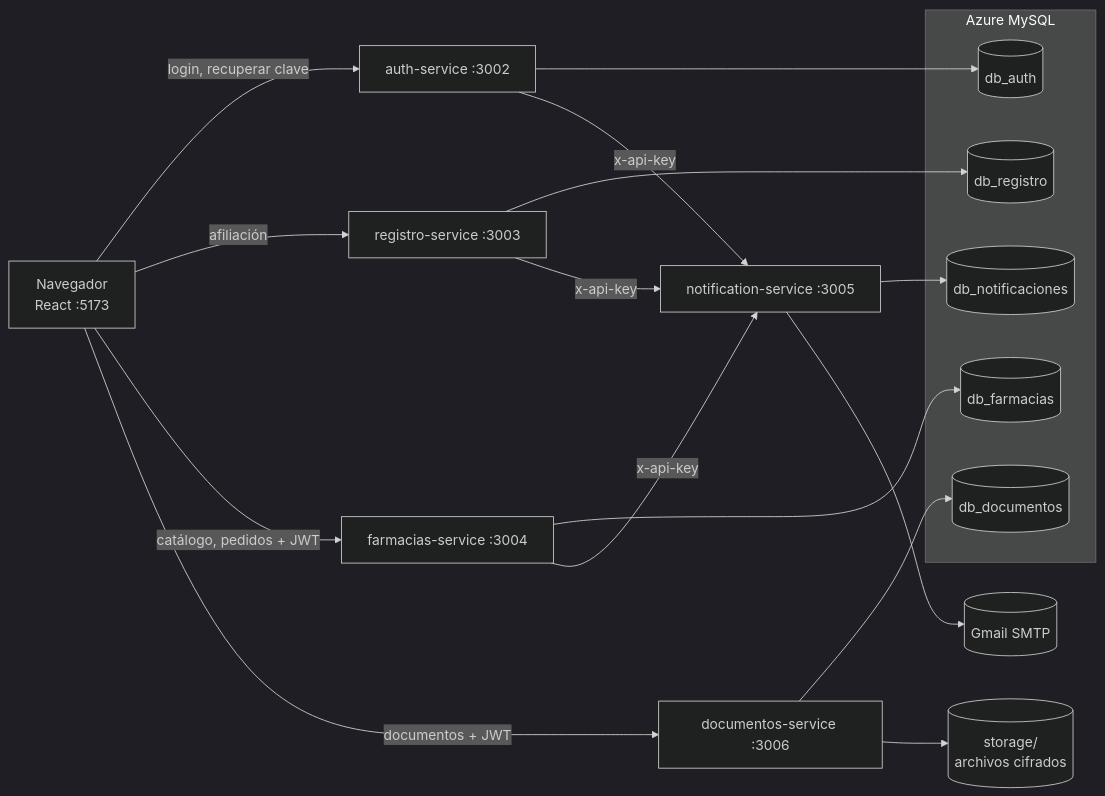
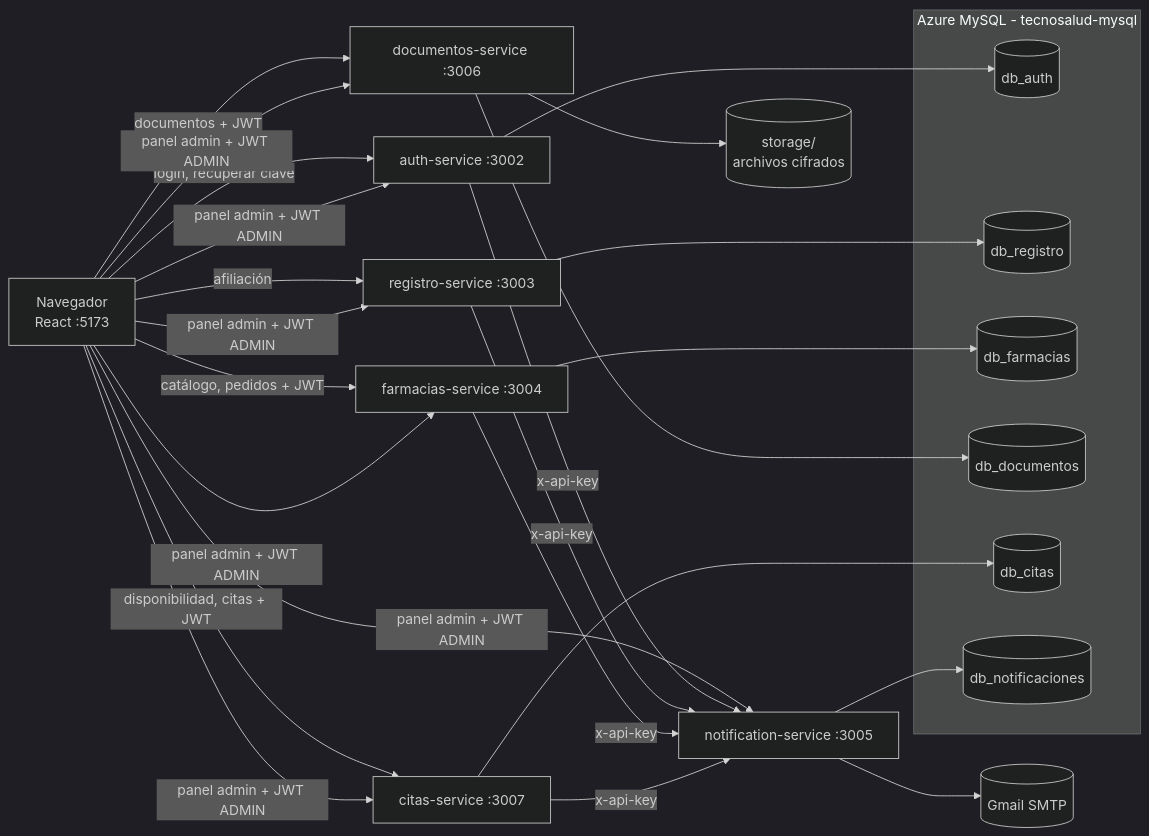
The first of 7 diagrams in docs/ARQUITECTURA_DATOS.md (CamiloP2103/Tecnosalud-catolica), drawn with Mermaid (dark theme) before and after one commit. The commit also changed other lines of this file and 4 other files, not shown here.

First line of the commit message:
Amplia la documentacion: arquitectura de datos, panel admin y pruebas

````diff
--- a/docs/ARQUITECTURA_DATOS.md
+++ b/docs/ARQUITECTURA_DATOS.md
@@ -29,34 +30,37 @@
 ```mermaid
 flowchart LR
     U[Navegador<br/>React :5173]
     A[auth-service :3002]
     R[registro-service :3003]
     F[farmacias-service :3004]
     D[documentos-service :3006]
+    C[citas-service :3007]
     N[notification-service :3005]
     SMTP[(Gmail SMTP)]
     S[(storage/<br/>archivos cifrados)]
 
-    subgraph Azure MySQL
+    subgraph Azure MySQL - tecnosalud-mysql
       DA[(db_auth)]
       DR[(db_registro)]
       DF[(db_farmacias)]
       DD[(db_documentos)]
+      DC[(db_citas)]
       DN[(db_notificaciones)]
     end
 
     U -->|login, recuperar clave| A
     U -->|afiliación| R
     U -->|catálogo, pedidos + JWT| F
     U -->|documentos + JWT| D
+    U -->|disponibilidad, citas + JWT| C
+    U -->|panel admin + JWT ADMIN| A & R & F & D & C & N
     A --> DA
     R --> DR
     F --> DF
     D --> DD
     D --> S
-    A -->|x-api-key| N
-    R -->|x-api-key| N
-    F -->|x-api-key| N
+    C --> DC
+    A & R & F & C -->|x-api-key| N
     N --> DN
     N --> SMTP
 ```
````
